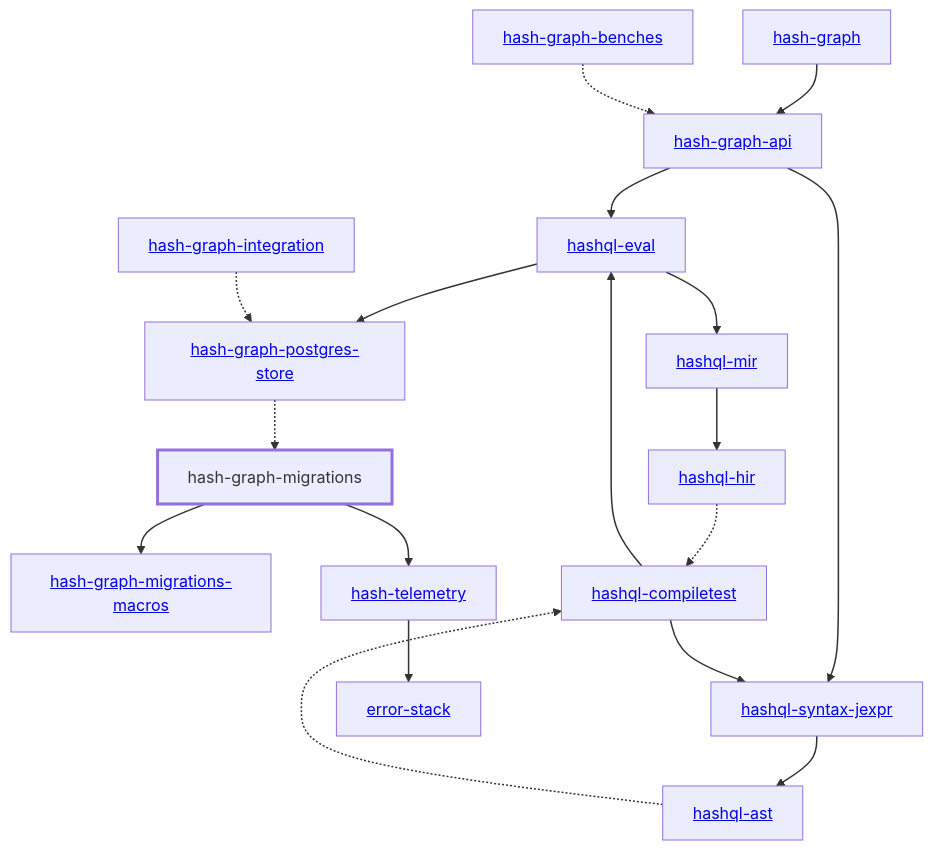
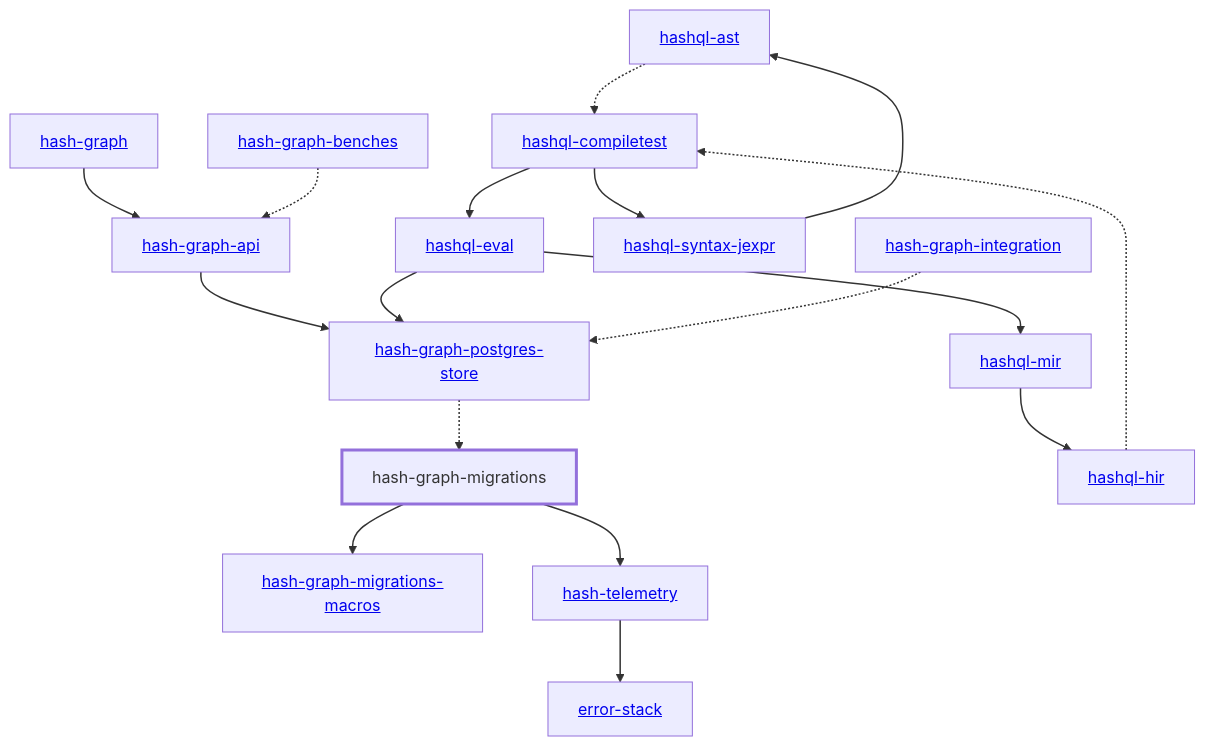
One commit to hashintel/hash changed the diagram in libs/@local/graph/migrations/docs/dependency-diagram.mmd. Above: the diagram before and after it, drawn with Mermaid. The commit also changed 26 other files, not shown here.

```diff
--- a/libs/@local/graph/migrations/docs/dependency-diagram.mmd
+++ b/libs/@local/graph/migrations/docs/dependency-diagram.mmd
@@ -1,43 +1,42 @@
 graph TD
     linkStyle default stroke-width:1.5px
     classDef default stroke-width:1px
     classDef root stroke-width:3px
     classDef dev stroke-width:1px
     classDef build stroke-width:1px
     %% Legend
     %% --> : Normal dependency
     %% -.-> : Dev dependency
     %% ---> : Build dependency
     0[<a href="../hash_graph/index.html">hash-graph</a>]
     1[<a href="../hash_graph_api/index.html">hash-graph-api</a>]
     2[hash-graph-migrations]
     class 2 root
     3[<a href="../hash_graph_migrations_macros/index.html">hash-graph-migrations-macros</a>]
     4[<a href="../hash_graph_postgres_store/index.html">hash-graph-postgres-store</a>]
     5[<a href="../hashql_ast/index.html">hashql-ast</a>]
     6[<a href="../hashql_compiletest/index.html">hashql-compiletest</a>]
     7[<a href="../hashql_eval/index.html">hashql-eval</a>]
     8[<a href="../hashql_hir/index.html">hashql-hir</a>]
     9[<a href="../hashql_mir/index.html">hashql-mir</a>]
     10[<a href="../hashql_syntax_jexpr/index.html">hashql-syntax-jexpr</a>]
     11[<a href="../hash_telemetry/index.html">hash-telemetry</a>]
     12[<a href="../error_stack/index.html">error-stack</a>]
     13[<a href="../hash_graph_benches/index.html">hash-graph-benches</a>]
     14[<a href="../hash_graph_integration/index.html">hash-graph-integration</a>]
     0 --> 1
-    1 --> 7
-    1 --> 10
+    1 --> 4
     2 --> 3
     2 --> 11
     4 -.-> 2
     5 -.-> 6
     6 --> 7
     6 --> 10
     7 --> 4
     7 --> 9
     8 -.-> 6
     9 --> 8
     10 --> 5
     11 --> 12
     13 -.-> 1
     14 -.-> 4
```
